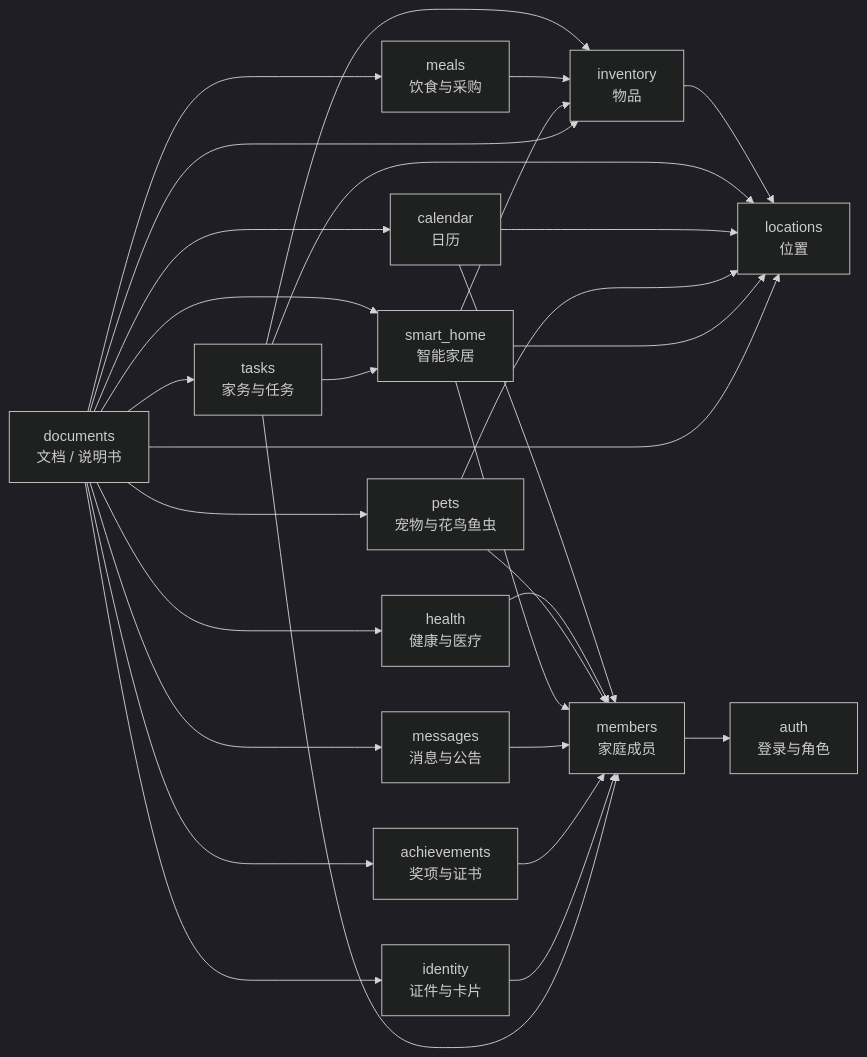
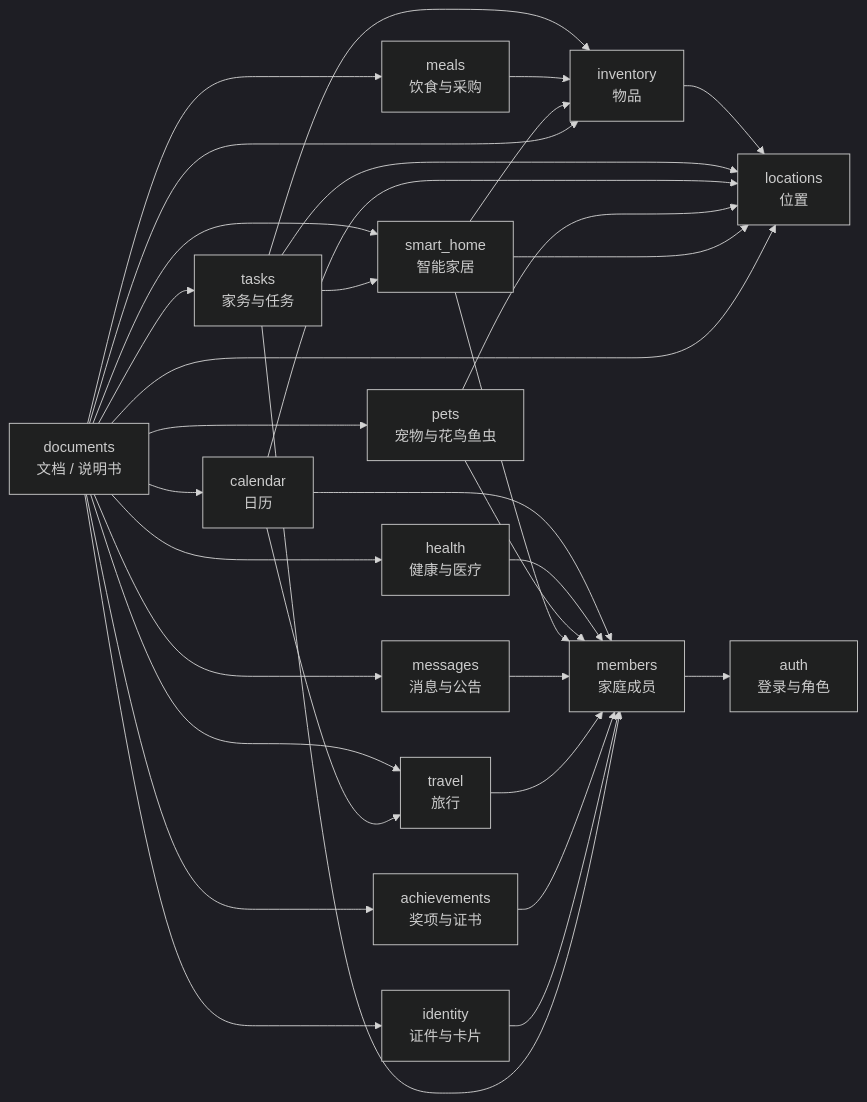
Before and after one commit to Geno1024-AIGC/home-erp-modern: the diagram in docs/08-domain.md, drawn with Mermaid (dark theme). The commit also changed other lines of this file and 12 other files, not shown here.

````diff
--- a/docs/08-domain.md
+++ b/docs/08-domain.md
@@ -33,40 +34,44 @@
 ```mermaid
 flowchart LR
     Members["members<br/>家庭成员"] --> Auth["auth<br/>登录与角色"]
     Inventory["inventory<br/>物品"] --> Locations["locations<br/>位置"]
     Tasks["tasks<br/>家务与任务"] --> Locations
     Tasks --> Inventory
     Calendar["calendar<br/>日历"]
     Calendar --> Members
     Calendar --> Locations
     Meals["meals<br/>饮食与采购"] --> Inventory
     Health["health<br/>健康与医疗"]
     Health --> Members
     Pets["pets<br/>宠物与花鸟鱼虫"]
     Pets --> Members
     Pets --> Locations
     Documents["documents<br/>文档 / 说明书"]
     SmartHome["smart_home<br/>智能家居"]
     SmartHome --> Locations
     SmartHome --> Members
     SmartHome --> Inventory
     Documents --> SmartHome
     Tasks --> SmartHome
     Documents --> Inventory
     Documents --> Calendar
     Documents --> Meals
     Documents --> Health
     Documents --> Pets
     Documents --> Locations
     Documents --> Tasks
     Messages["messages<br/>消息与公告"]
     Messages --> Members
     Documents --> Messages
+    Travel["travel<br/>旅行"]
+    Travel --> Members
+    Documents --> Travel
+    Calendar --> Travel
     Achievements["achievements<br/>奖项与证书"]
     Documents --> Achievements
     Achievements --> Members
     Identity["identity<br/>证件与卡片"]
     Documents --> Identity
     Identity --> Members
     Tasks --> Members
 ```
````
